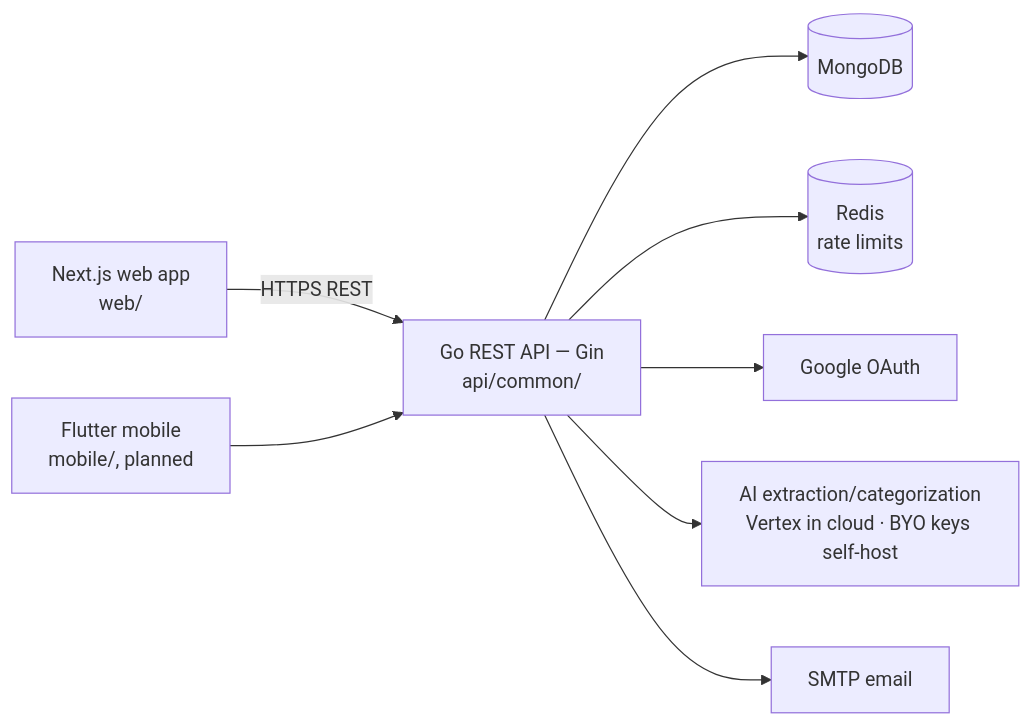
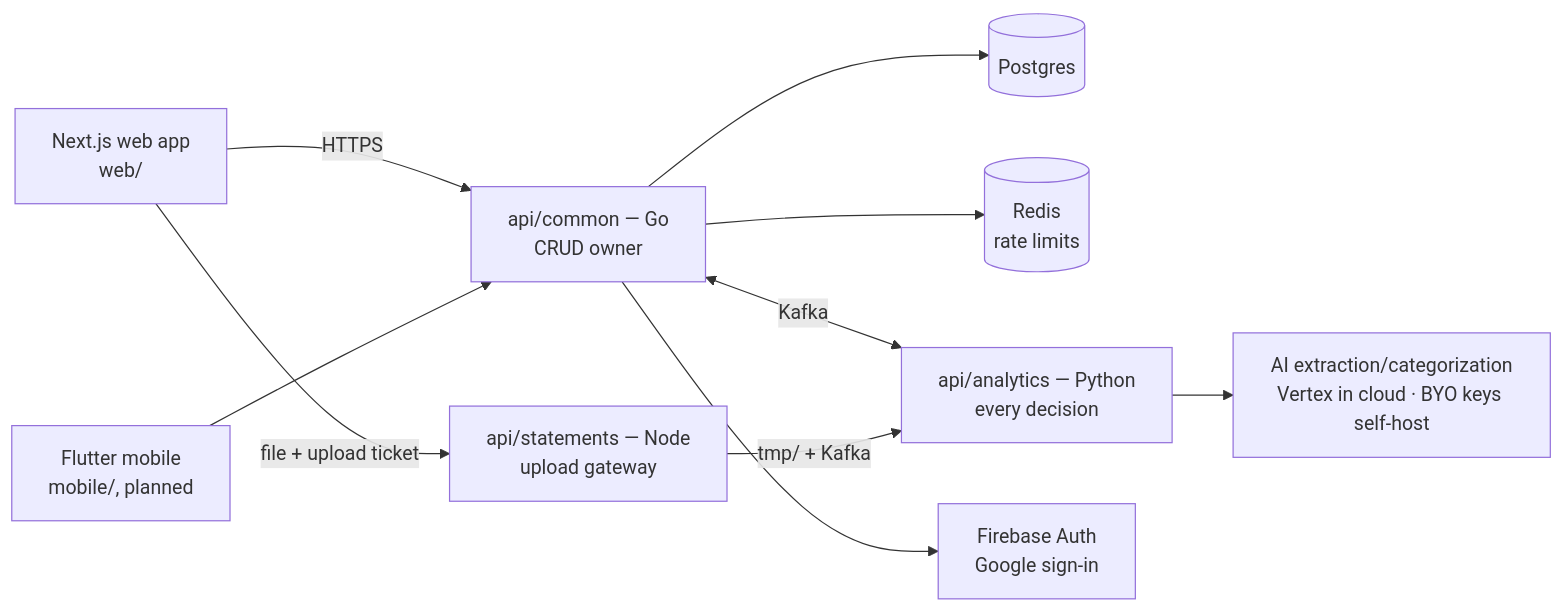
Before and after one commit to cuesoftinc/expendit: the diagram in docs/overview.md, drawn with Mermaid. The commit also changed other lines of this file and 21 other files, not shown here.

````diff
--- a/docs/overview.md
+++ b/docs/overview.md
@@ -10,10 +10,12 @@
 ```mermaid
 flowchart LR
-    WEB[Next.js web app<br/>web/] -->|HTTPS REST| API[Go REST API — Gin<br/>api/common/]
-    MOB[Flutter mobile<br/>mobile/, planned] --> API
-    API --> MG[(MongoDB)]
-    API --> RD[(Redis<br/>rate limits)]
-    API --> GAUTH[Google OAuth]
-    API --> AI[AI extraction/categorization<br/>Vertex in cloud · BYO keys self-host]
-    API --> SMTP[SMTP email]
+    WEB[Next.js web app<br/>web/] -->|HTTPS| COM[api/common — Go<br/>CRUD owner]
+    WEB -->|file + upload ticket| ST[api/statements — Node<br/>upload gateway]
+    MOB[Flutter mobile<br/>mobile/, planned] --> COM
+    COM --> PG[(Postgres)]
+    COM --> RD[(Redis<br/>rate limits)]
+    COM <-->|Kafka| AN[api/analytics — Python<br/>every decision]
+    ST -->|tmp/ + Kafka| AN
+    AN --> AI[AI extraction/categorization<br/>Vertex in cloud · BYO keys self-host]
+    COM --> FB[Firebase Auth<br/>Google sign-in]
 ```
````
